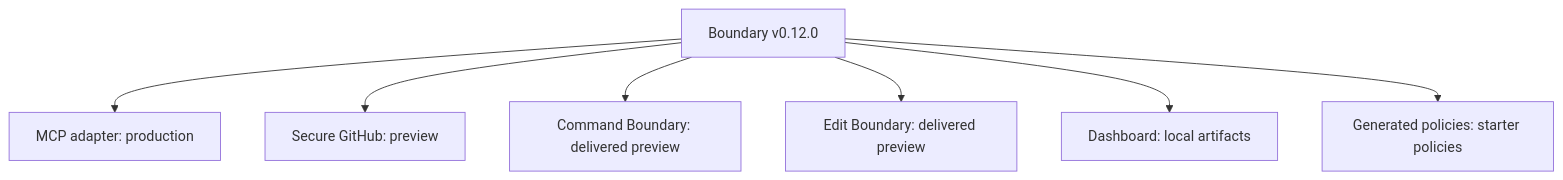
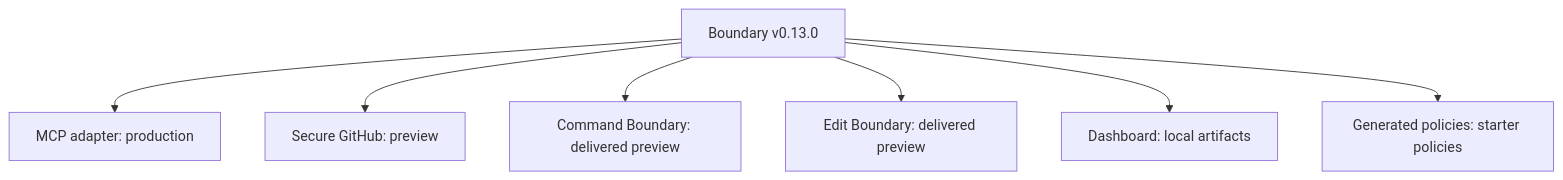
One commit to Fulcrum-Governance/Fulcrum-Boundary changed the diagram in docs/diagrams/surface-status.mmd. Above: the diagram before and after it, drawn with Mermaid. The commit also changed 24 other files, not shown here.

```diff
--- a/docs/diagrams/surface-status.mmd
+++ b/docs/diagrams/surface-status.mmd
@@ -1,7 +1,7 @@
 flowchart TB
-  B[Boundary v0.12.0] --> M[MCP adapter: production]
+  B[Boundary v0.13.0] --> M[MCP adapter: production]
   B --> G[Secure GitHub: preview]
   B --> C[Command Boundary: delivered preview]
   B --> E[Edit Boundary: delivered preview]
   B --> D[Dashboard: local artifacts]
   B --> P[Generated policies: starter policies]
```
